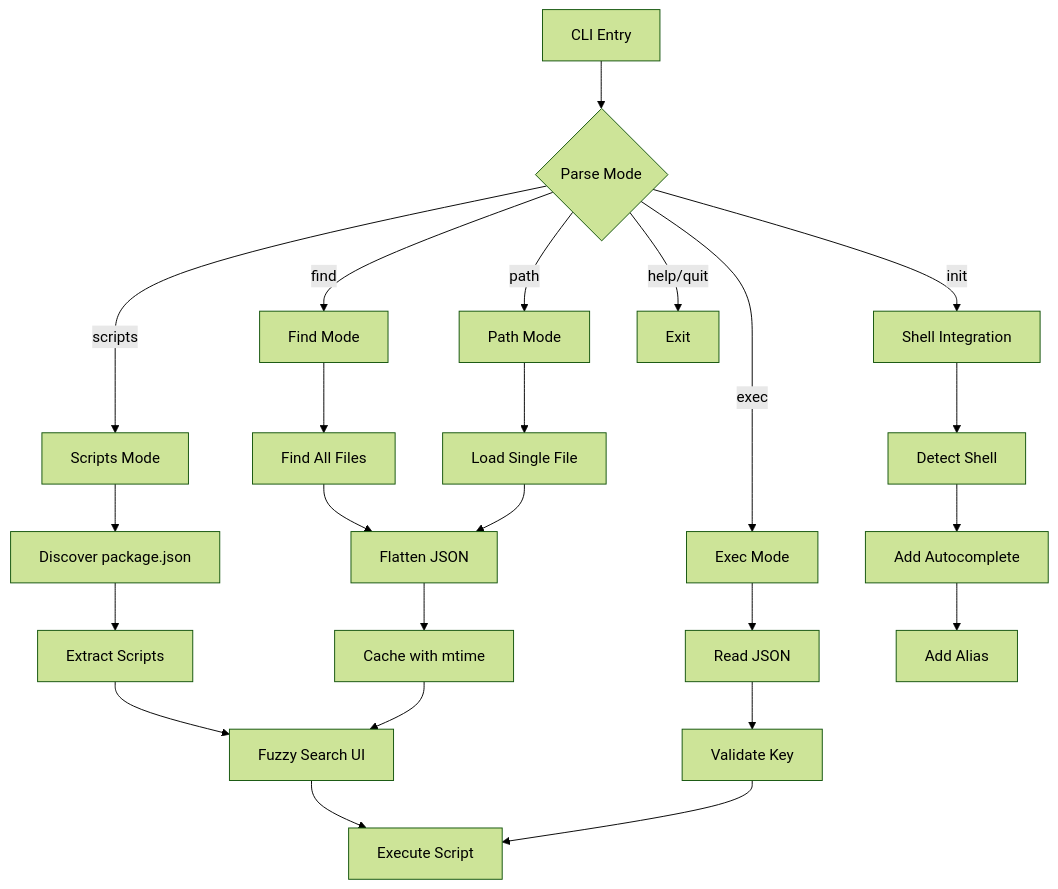
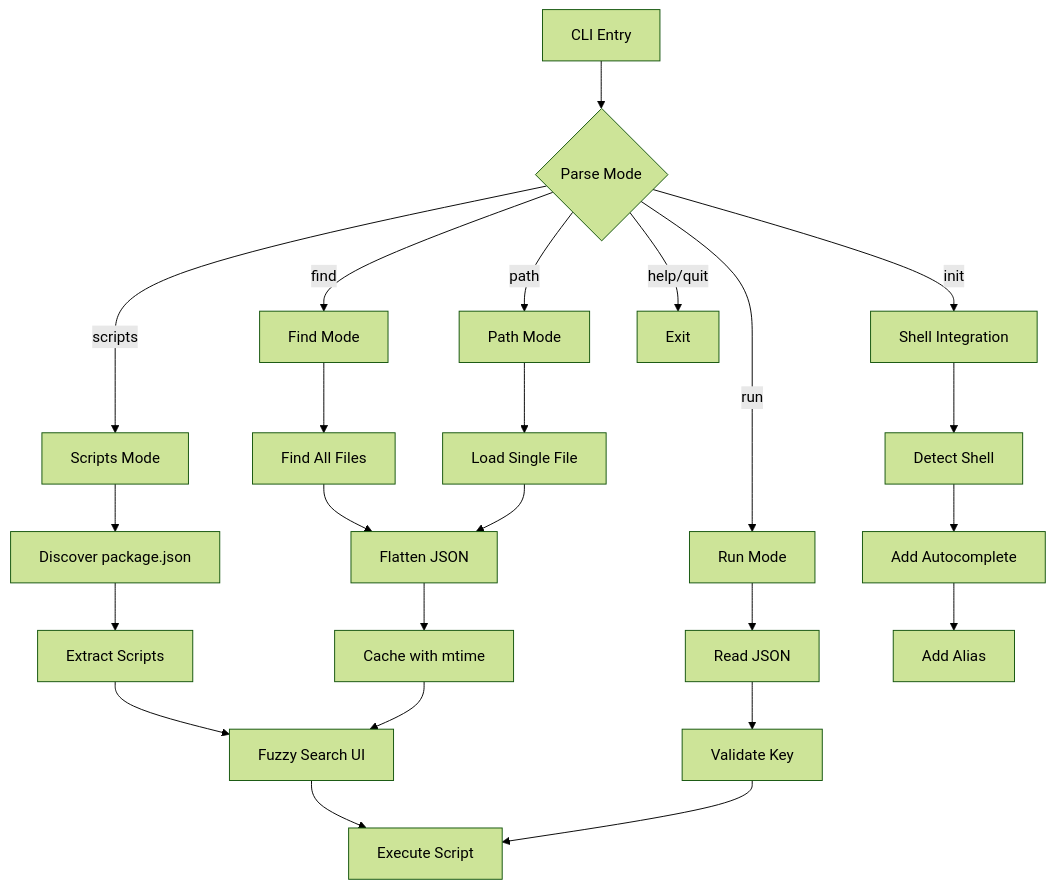
The diagram in README.md (yowainwright/fjsf), drawn with Mermaid (forest theme) before and after one commit. The commit also changed other lines of this file, not shown here.

````diff
--- a/README.md
+++ b/README.md
@@ -31,31 +31,31 @@
 ```mermaid
 graph TD
     A[CLI Entry] --> B{Parse Mode}
     B -->|scripts| C[Scripts Mode]
     B -->|find| D[Find Mode]
     B -->|path| E[Path Mode]
-    B -->|exec| F[Exec Mode]
+    B -->|run| F[Run Mode]
     B -->|init| G[Shell Integration]
     B -->|help/quit| H[Exit]
 
     C --> I[Discover package.json]
     I --> J[Extract Scripts]
     J --> K[Fuzzy Search UI]
     K --> L[Execute Script]
 
     D --> M[Find All Files]
     M --> N[Flatten JSON]
     N --> O[Cache with mtime]
     O --> K
 
     E --> P[Load Single File]
     P --> N
 
     F --> Q[Read JSON]
     Q --> R[Validate Key]
     R --> L
 
     G --> S[Detect Shell]
     S --> T[Add Autocomplete]
     T --> U[Add Alias]
 ```
````
